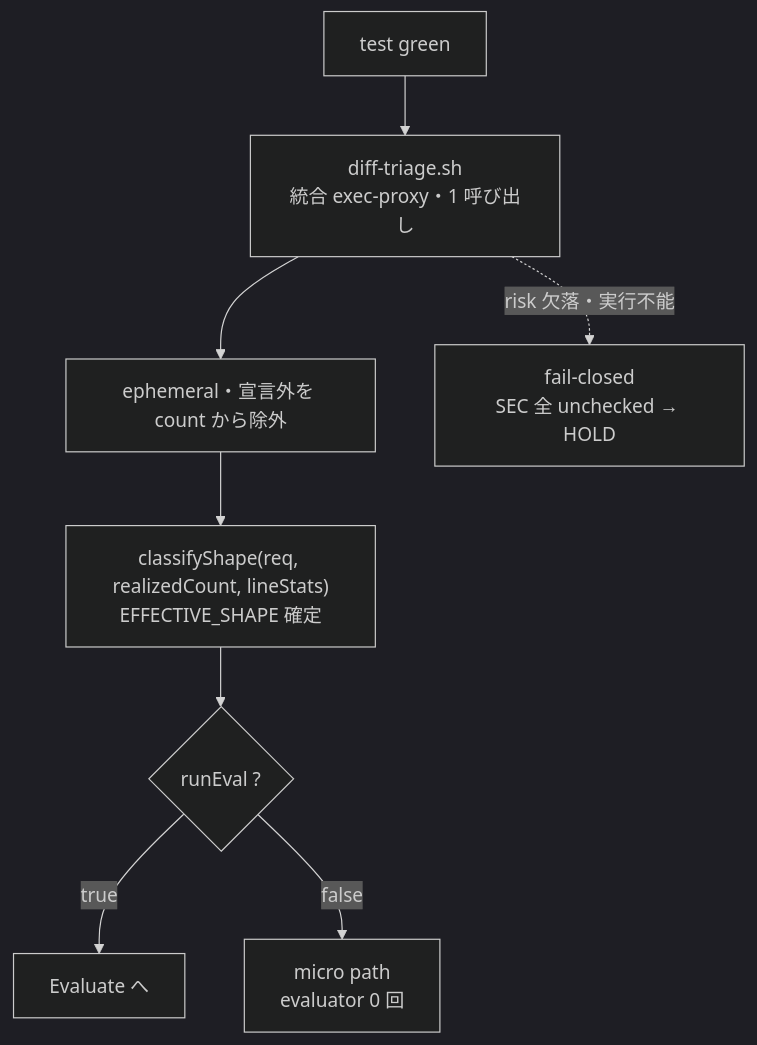
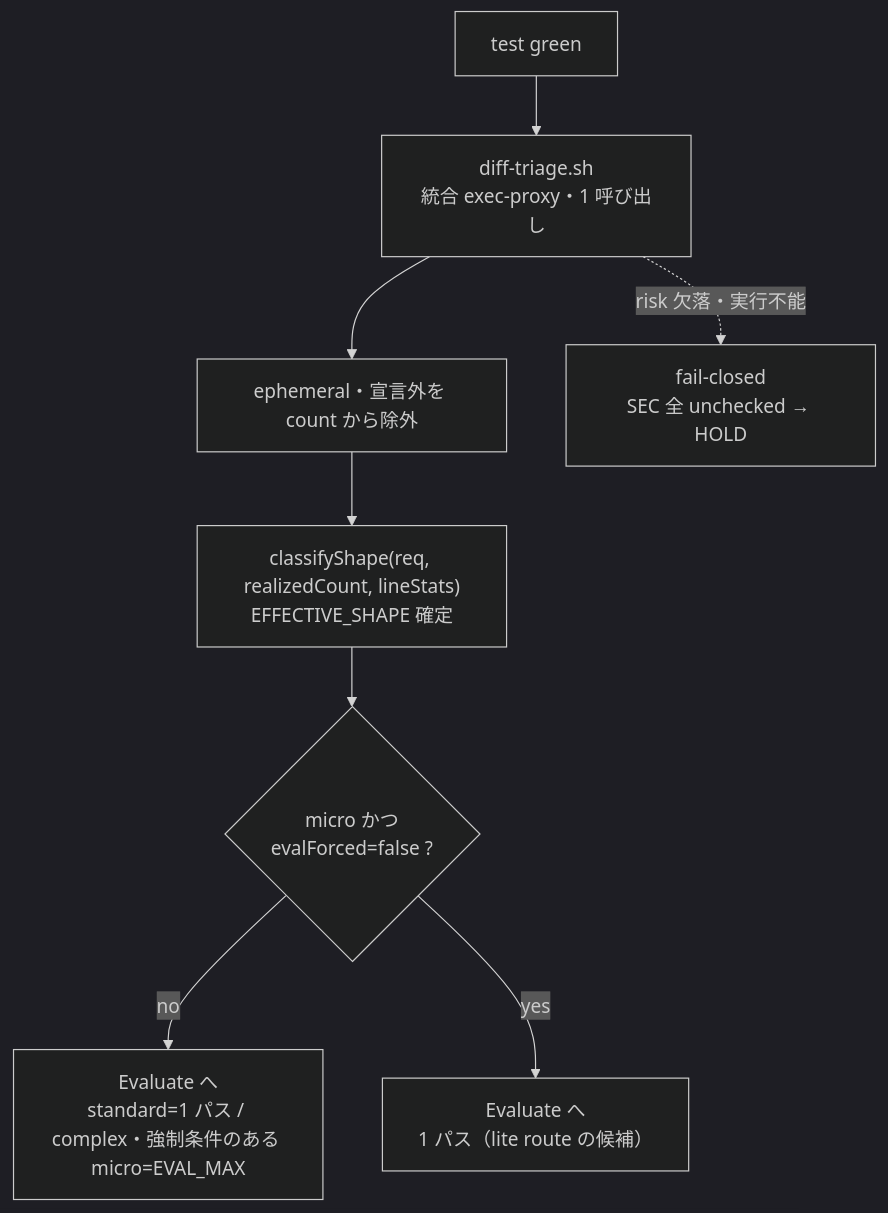
One commit to it-all-playpark/claude-plugins changed the sixth of 13 diagrams in docs/dev-flow-atlas.md. Above: the diagram before and after it, drawn with Mermaid (dark theme). The commit also changed other lines of this file and 24 other files, not shown here.

First line of the commit message:
fix(dev-flow): micro の run でも evaluator に AC を判定させ、AI が判定できる AC を人間のレビューに回さない (#1382)

````diff
--- a/docs/dev-flow-atlas.md
+++ b/docs/dev-flow-atlas.md
@@ -178,11 +178,11 @@
 ```mermaid
 flowchart TD
     IN["test green"] --> C1["diff-triage.sh<br/>統合 exec-proxy・1 呼び出し"]
     C1 --> C2["ephemeral・宣言外を count から除外"]
     C2 --> C3["classifyShape(req, realizedCount, lineStats)<br/>EFFECTIVE_SHAPE 確定"]
-    C3 --> C5{"runEval ?"}
-    C5 -->|true| OUT["Evaluate へ"]
-    C5 -->|false| SKIP["micro path<br/>evaluator 0 回"]
+    C3 --> C5{"micro かつ<br/>evalForced=false ?"}
+    C5 -->|no| OUT["Evaluate へ<br/>standard=1 パス / complex・強制条件のある micro=EVAL_MAX"]
+    C5 -->|yes| ONE["Evaluate へ<br/>1 パス（lite route の候補）"]
 
     C1 -.->|"risk 欠落・実行不能"| FC["fail-closed<br/>SEC 全 unchecked → HOLD"]
 ```
````
